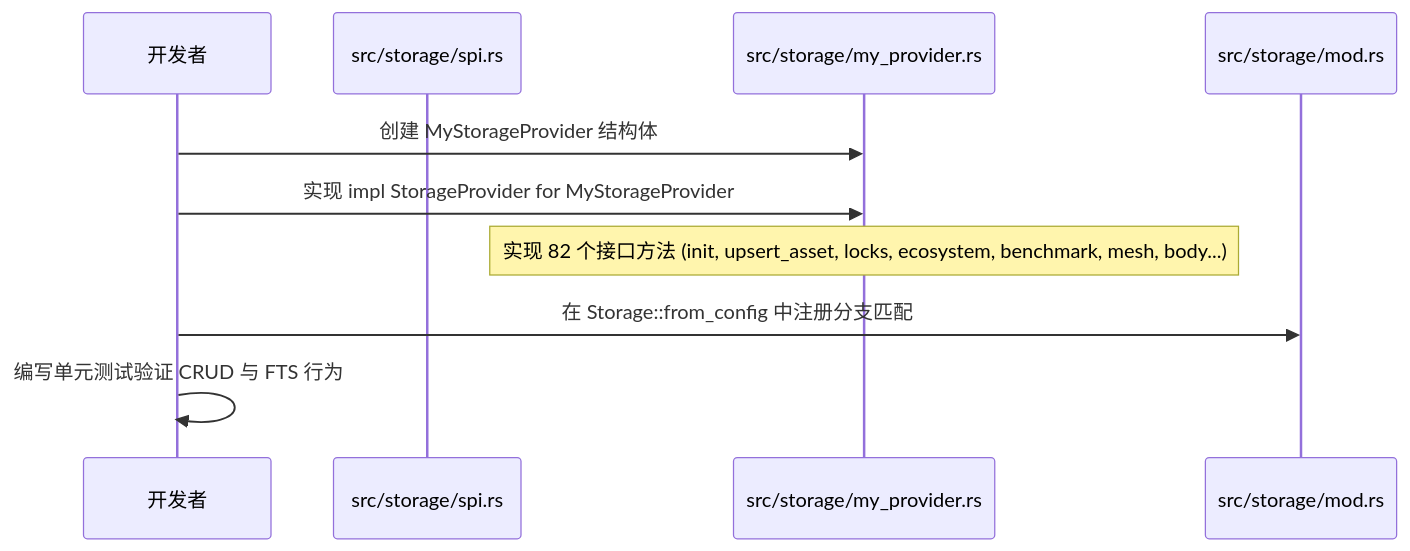
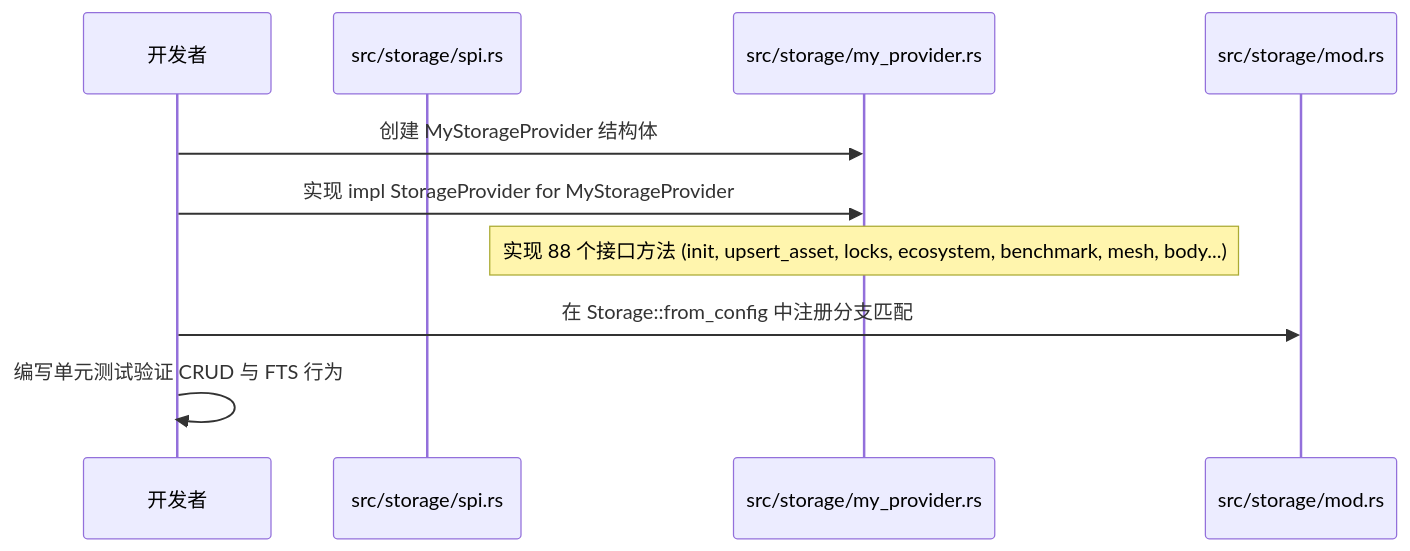
The second of 2 diagrams in docs/arch/02-for-developers.md (digoal/agent-body), drawn with Mermaid before and after one commit. The commit also changed other lines of this file and 181 other files, not shown here.

Commit message:
chore(release): complete Phase 56 architecture governance & Phase 57 v1.0.0 GA

````diff
--- a/docs/arch/02-for-developers.md
+++ b/docs/arch/02-for-developers.md
@@ -162,13 +162,13 @@
 ```mermaid
 sequenceDiagram
     participant Dev as 开发者
     participant SPI as src/storage/spi.rs
     participant Impl as src/storage/my_provider.rs
     participant Facade as src/storage/mod.rs
 
     Dev->>Impl: 创建 MyStorageProvider 结构体
     Dev->>Impl: 实现 impl StorageProvider for MyStorageProvider
-    Note over Impl: 实现 82 个接口方法 (init, upsert_asset, locks, ecosystem, benchmark, mesh, body...)
+    Note over Impl: 实现 88 个接口方法 (init, upsert_asset, locks, ecosystem, benchmark, mesh, body...)
     Dev->>Facade: 在 Storage::from_config 中注册分支匹配
     Dev->>Dev: 编写单元测试验证 CRUD 与 FTS 行为
 ```
````
